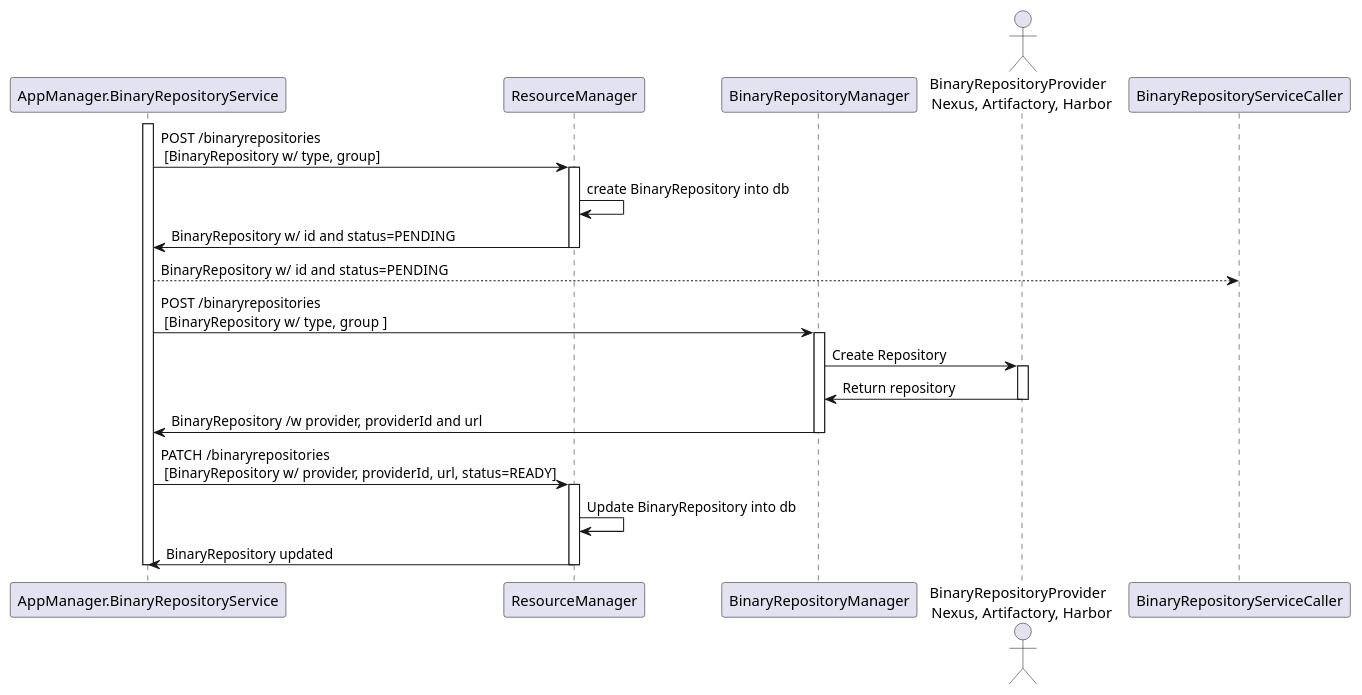
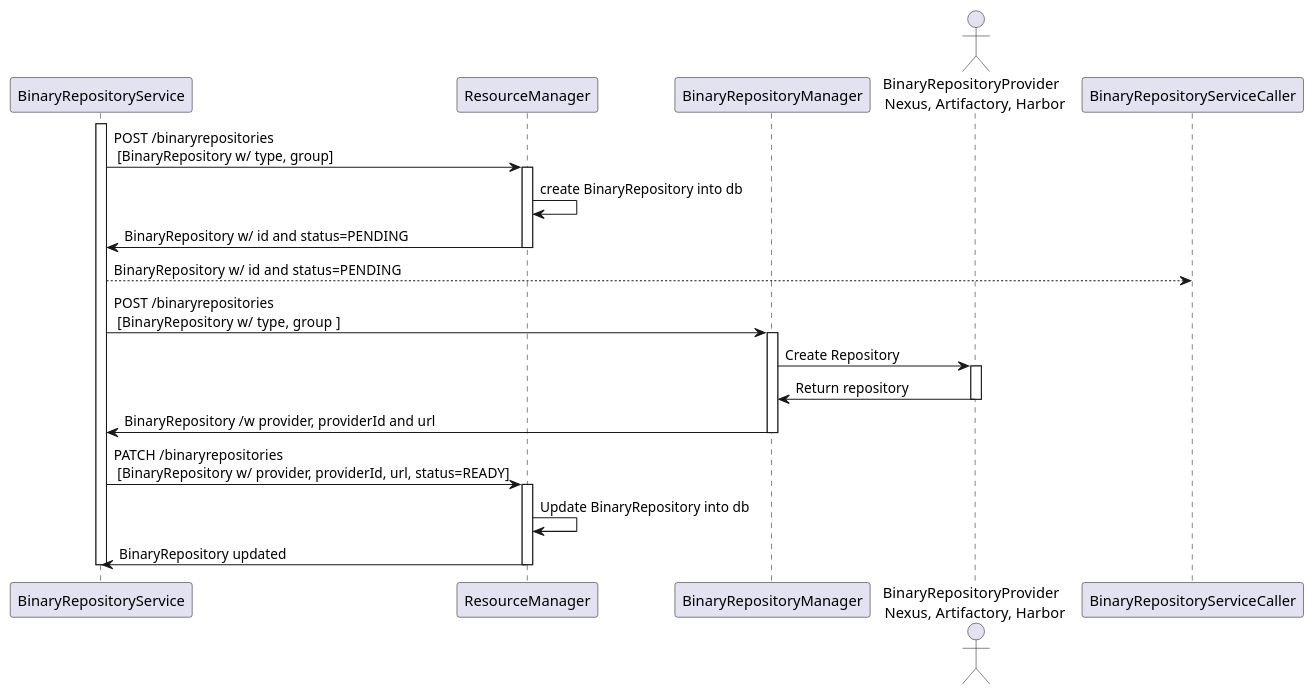
The diagram in Use cases/BinaryRepository/create/sequence.puml (kathra-project/specifications), drawn with PlantUML before and after one commit. The commit also changed 1 other file, not shown here.

Commit message:
Update UserSync to create one binary repository per typeRepository and group

```diff
--- a/Use cases/BinaryRepository/create/sequence.puml
+++ b/Use cases/BinaryRepository/create/sequence.puml
@@ -1,34 +1,34 @@
 @startuml
 
-participant AppManager.BinaryRepositoryService
+participant BinaryRepositoryService
 participant ResourceManager
 participant BinaryRepositoryManager
 actor BinaryRepositoryProvider as "BinaryRepositoryProvider \n Nexus, Artifactory, Harbor"
 
-activate AppManager.BinaryRepositoryService
-    AppManager.BinaryRepositoryService -> ResourceManager: POST /binaryrepositories \n [BinaryRepository w/ type, group]
+activate BinaryRepositoryService
+    BinaryRepositoryService -> ResourceManager: POST /binaryrepositories \n [BinaryRepository w/ type, group]
     activate ResourceManager
     ResourceManager -> ResourceManager: create BinaryRepository into db
-    AppManager.BinaryRepositoryService <- ResourceManager: BinaryRepository w/ id and status=PENDING
+    BinaryRepositoryService <- ResourceManager: BinaryRepository w/ id and status=PENDING
     deactivate ResourceManager
-    "BinaryRepositoryServiceCaller" <-- AppManager.BinaryRepositoryService : BinaryRepository  w/ id and status=PENDING
+    "BinaryRepositoryServiceCaller" <-- BinaryRepositoryService : BinaryRepository  w/ id and status=PENDING
 
-    AppManager.BinaryRepositoryService -> BinaryRepositoryManager: POST /binaryrepositories \n [BinaryRepository  w/ type, group ]
+    BinaryRepositoryService -> BinaryRepositoryManager: POST /binaryrepositories \n [BinaryRepository  w/ type, group ]
     activate BinaryRepositoryManager
     BinaryRepositoryManager -> BinaryRepositoryProvider : Create Repository
     activate BinaryRepositoryProvider
     BinaryRepositoryManager <- BinaryRepositoryProvider : Return repository
     deactivate BinaryRepositoryProvider
-    AppManager.BinaryRepositoryService <- BinaryRepositoryManager : BinaryRepository /w provider, providerId and url
+    BinaryRepositoryService <- BinaryRepositoryManager : BinaryRepository /w provider, providerId and url
     deactivate BinaryRepositoryManager
 
-    AppManager.BinaryRepositoryService -> ResourceManager: PATCH /binaryrepositories \n [BinaryRepository w/ provider, providerId, url, status=READY]
+    BinaryRepositoryService -> ResourceManager: PATCH /binaryrepositories \n [BinaryRepository w/ provider, providerId, url, status=READY]
     activate ResourceManager
     ResourceManager -> ResourceManager: Update BinaryRepository into db
-    AppManager.BinaryRepositoryService <- ResourceManager: BinaryRepository updated
+    BinaryRepositoryService <- ResourceManager: BinaryRepository updated
     deactivate ResourceManager
 
-deactivate AppManager.BinaryRepositoryService
+deactivate BinaryRepositoryService
 
 
 @enduml
```
